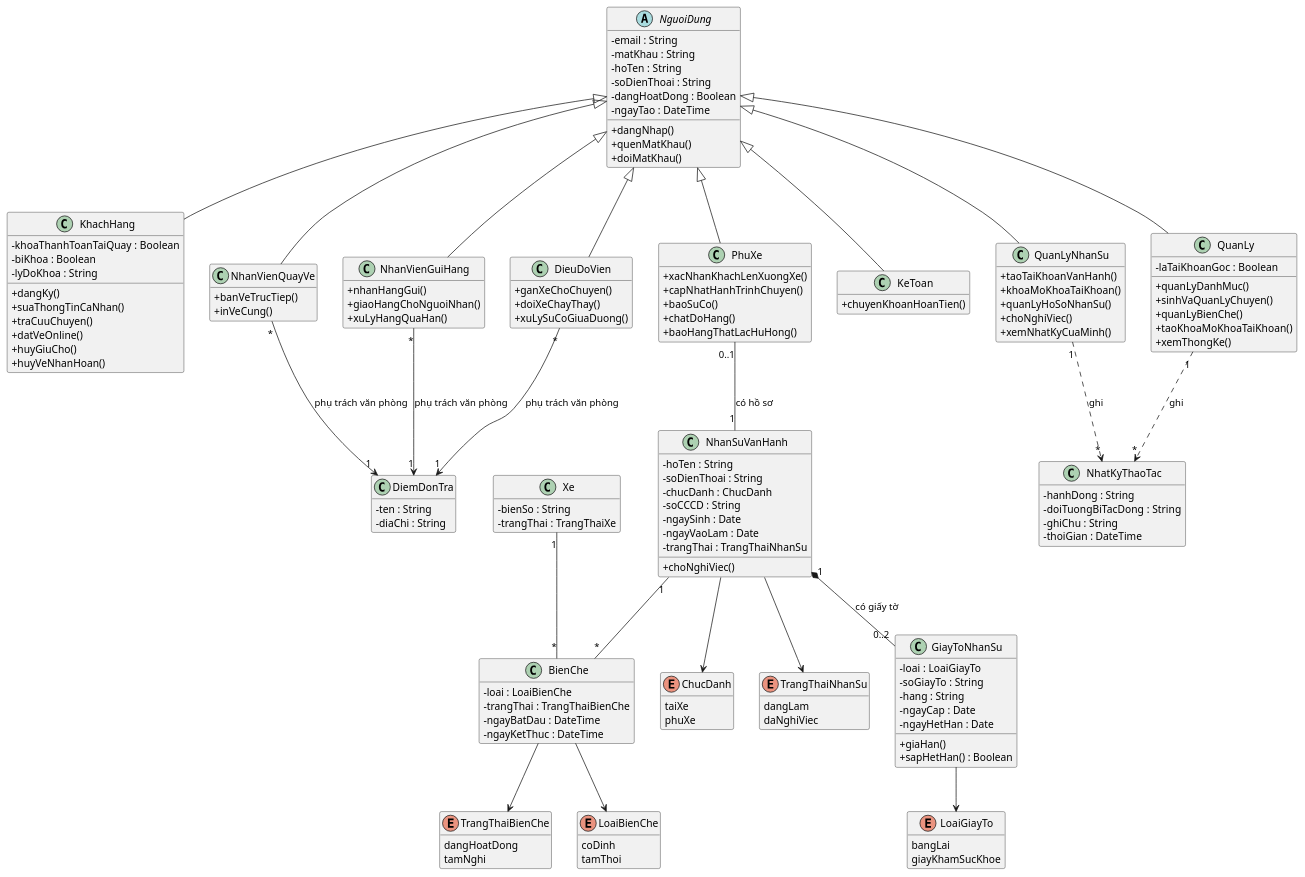
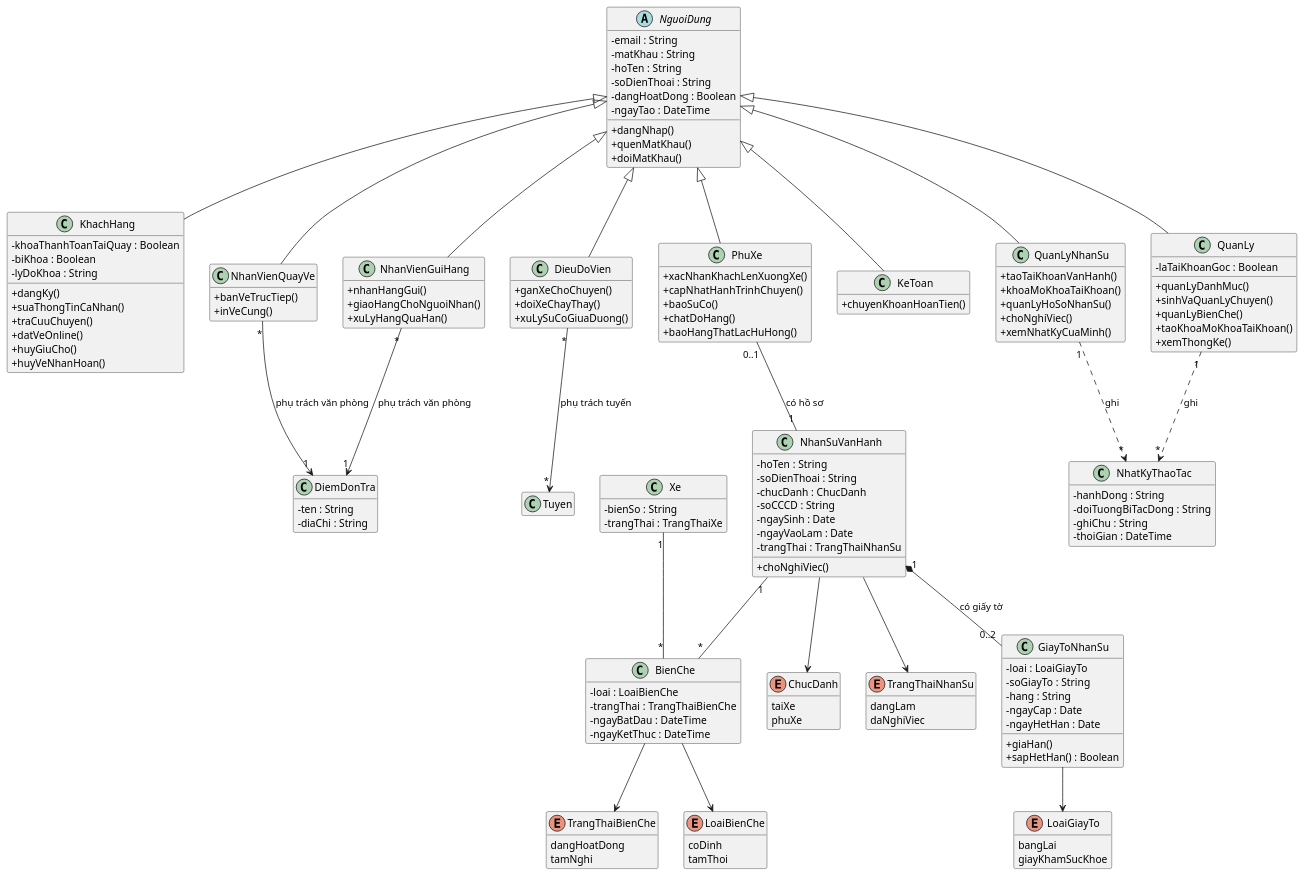
Diagram 50 of 53 in UML_DIAGRAMS.md (nguyenvietanhit19/Project1_HeThongQuanLyNhaXeKhachLienTinh), drawn with PlantUML before and after one commit. The commit also changed other lines of this file and 19 other files, not shown here.

```diff
--- a/UML_DIAGRAMS.md
+++ b/UML_DIAGRAMS.md
@@ -1598,7 +1598,7 @@
 
 NhanVienQuayVe "*" --> "1" DiemDonTra : phụ trách văn phòng
 NhanVienGuiHang "*" --> "1" DiemDonTra : phụ trách văn phòng
-DieuDoVien "*" --> "1" DiemDonTra : phụ trách văn phòng
+DieuDoVien "*" --> "*" Tuyen : phụ trách tuyến
 
 PhuXe "0..1" -- "1" NhanSuVanHanh : có hồ sơ
 NhanSuVanHanh "1" *-- "0..2" GiayToNhanSu : có giấy tờ
```
